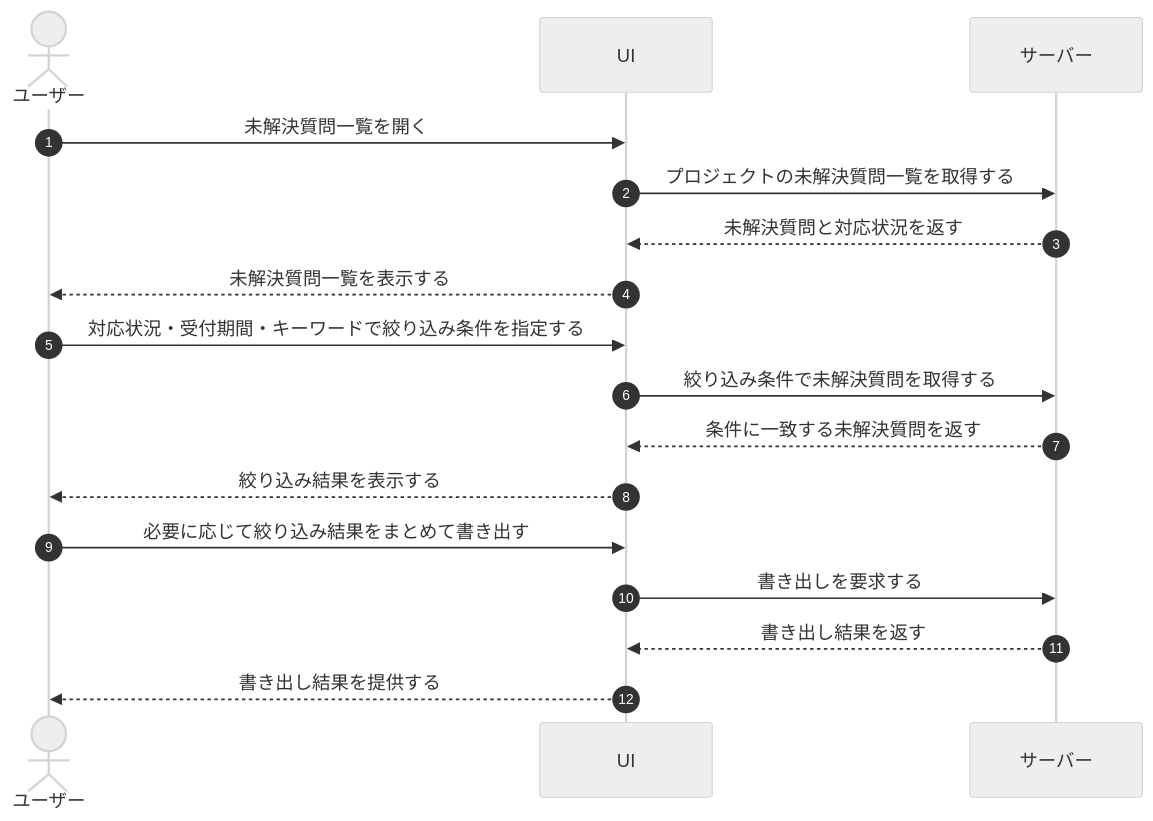
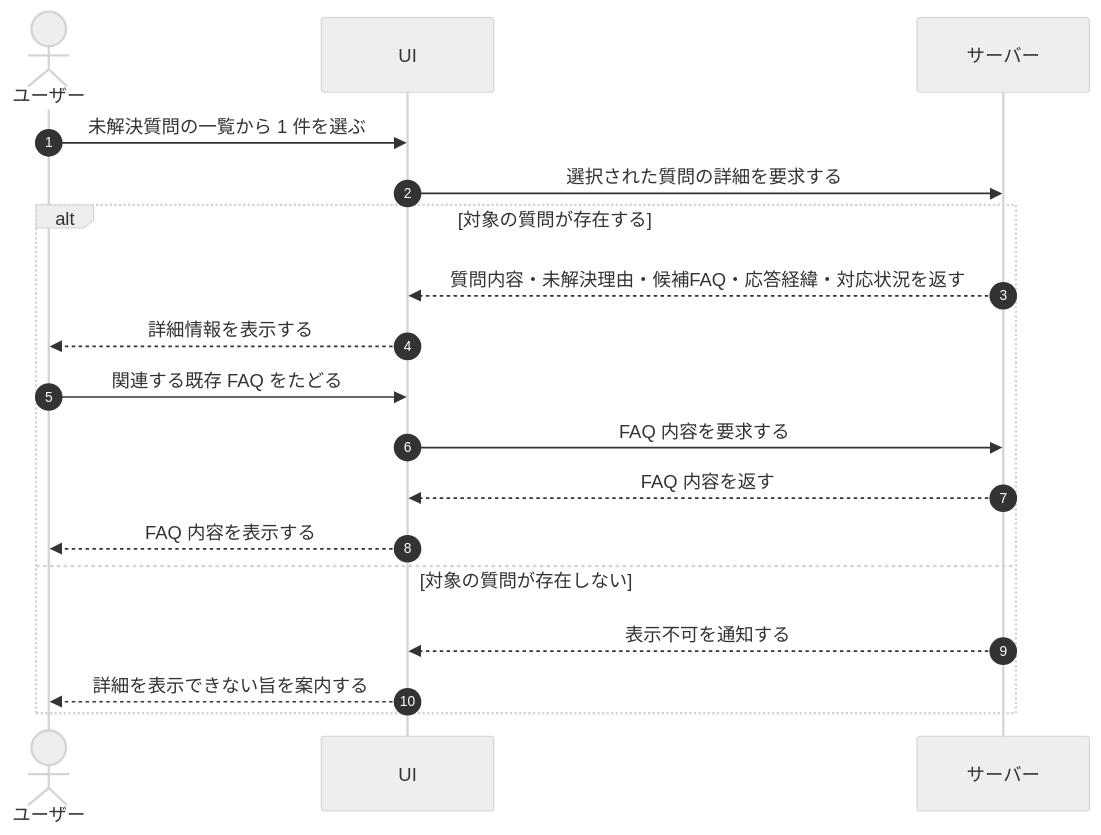
One commit to sikakou54/open-faq changed the diagram in 01_requirements/04_business_usecases/UC-030.md. Above: the diagram before and after it, drawn with Mermaid (neutral theme). The commit also changed other lines of this file and 395 other files, not shown here.

````diff
--- a/01_requirements/04_business_usecases/UC-030.md
+++ b/01_requirements/04_business_usecases/UC-030.md
@@ -25,20 +26,21 @@
 ```mermaid
 sequenceDiagram
   autonumber
   actor U as ユーザー
   participant UI as UI
   participant S as サーバー
 
-  U->>UI: 未解決質問一覧を開く
-  UI->>S: プロジェクトの未解決質問一覧を取得する
-  S-->>UI: 未解決質問と対応状況を返す
-  UI-->>U: 未解決質問一覧を表示する
-  U->>UI: 対応状況・受付期間・キーワードで絞り込み条件を指定する
-  UI->>S: 絞り込み条件で未解決質問を取得する
-  S-->>UI: 条件に一致する未解決質問を返す
-  UI-->>U: 絞り込み結果を表示する
-  U->>UI: 必要に応じて絞り込み結果をまとめて書き出す
-  UI->>S: 書き出しを要求する
-  S-->>UI: 書き出し結果を返す
-  UI-->>U: 書き出し結果を提供する
+  U->>UI: 未解決質問の一覧から 1 件を選ぶ
+  UI->>S: 選択された質問の詳細を要求する
+  alt 対象の質問が存在する
+    S-->>UI: 質問内容・未解決理由・候補FAQ・応答経緯・対応状況を返す
+    UI-->>U: 詳細情報を表示する
+    U->>UI: 関連する既存 FAQ をたどる
+    UI->>S: FAQ 内容を要求する
+    S-->>UI: FAQ 内容を返す
+    UI-->>U: FAQ 内容を表示する
+  else 対象の質問が存在しない
+    S-->>UI: 表示不可を通知する
+    UI-->>U: 詳細を表示できない旨を案内する
+  end
 ```
````
